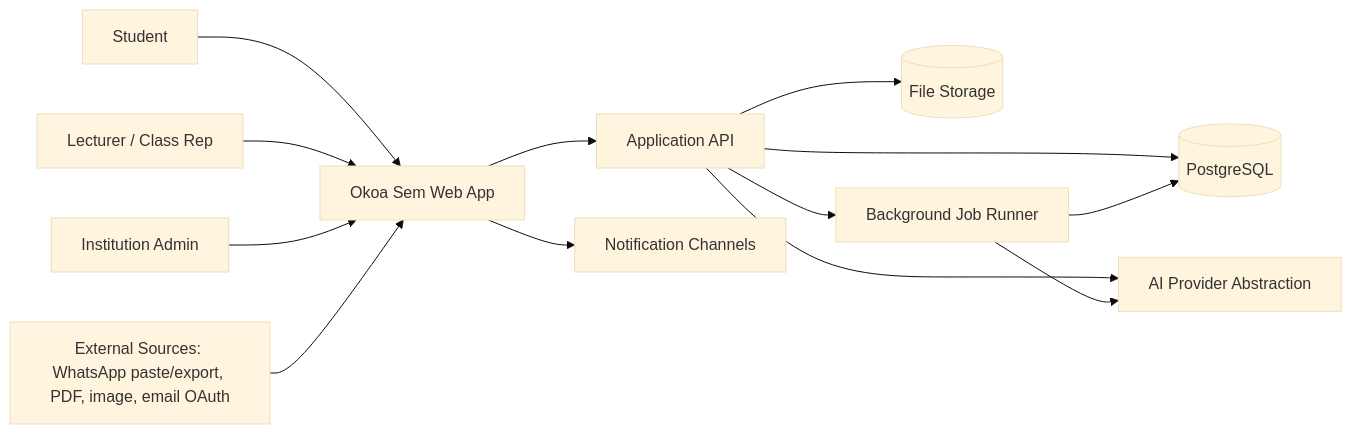
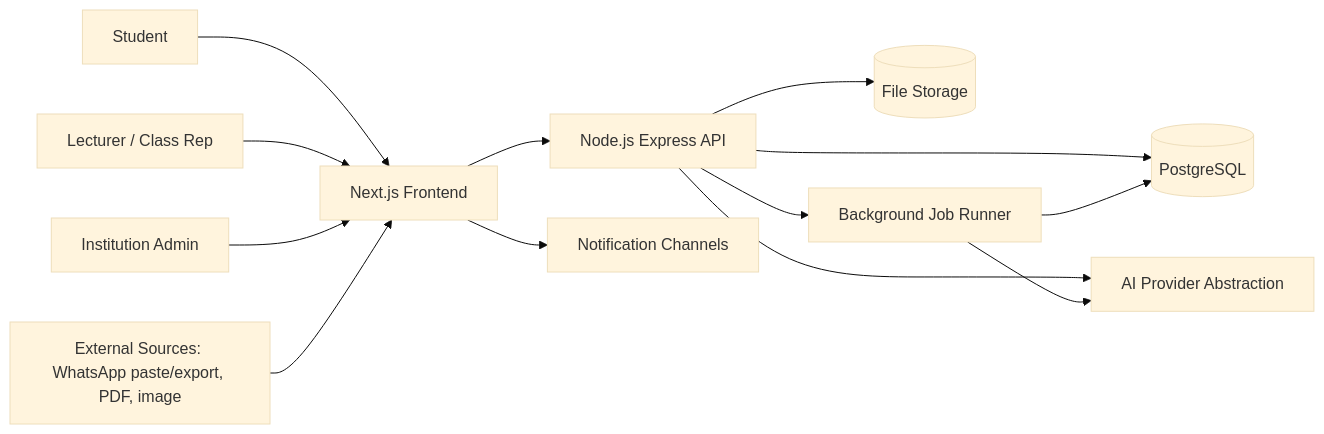
Before and after one commit to Root-node1/okoa-sem: the first of 7 diagrams in docs/SYSTEM_DESIGN.md, drawn with Mermaid (base theme). The commit also changed other lines of this file and 8 other files, not shown here.

Commit message:
docs: adopt Node.js Express backend architecture

````diff
--- a/docs/SYSTEM_DESIGN.md
+++ b/docs/SYSTEM_DESIGN.md
@@ -19,15 +19,15 @@
 ```mermaid
 flowchart LR
-  Student[Student] --> Web[Okoa Sem Web App]
+  Student[Student] --> Web[Next.js Frontend]
   Lecturer[Lecturer / Class Rep] --> Web
   Admin[Institution Admin] --> Web
-  Web --> API[Application API]
+  Web --> API[Node.js Express API]
   API --> DB[(PostgreSQL)]
   API --> Storage[(File Storage)]
   API --> AI[AI Provider Abstraction]
   API --> Queue[Background Job Runner]
   Queue --> AI
   Queue --> DB
   Web --> Notify[Notification Channels]
-  External[External Sources: WhatsApp paste/export, PDF, image, email OAuth] --> Web
+  External[External Sources: WhatsApp paste/export, PDF, image] --> Web
 ```
````
